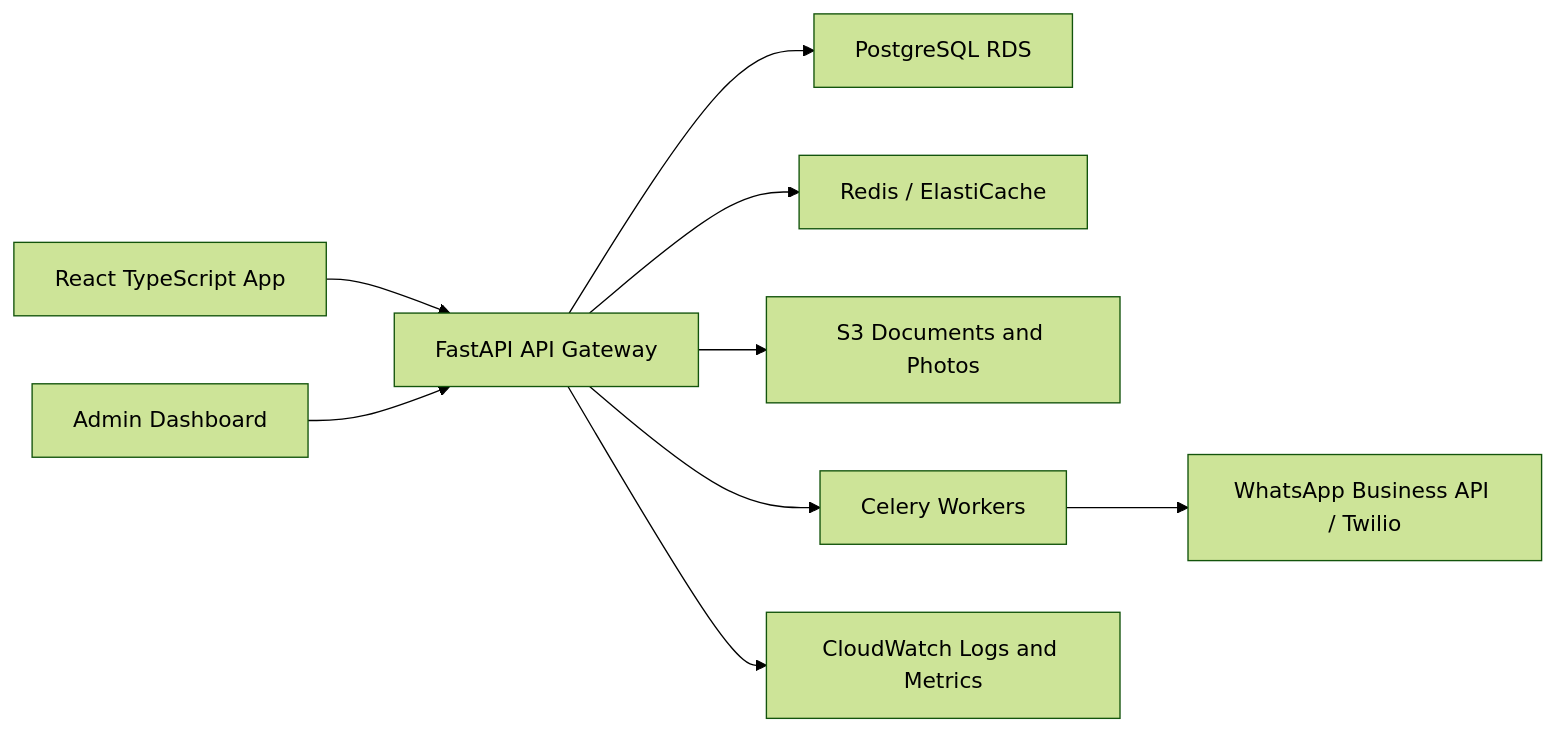
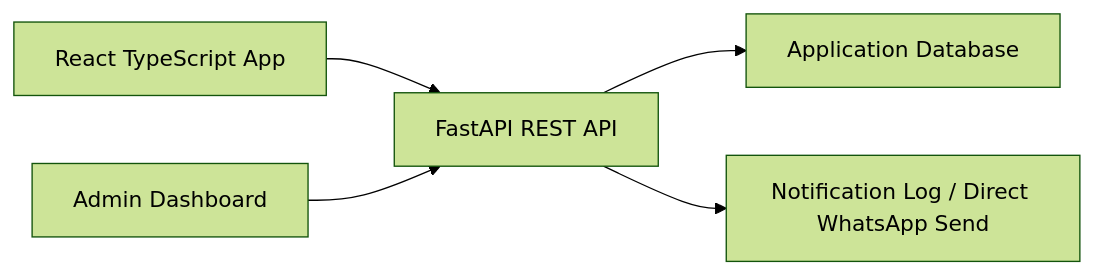
Before and after one commit to shailjaatkotiya/CarSaathi: the diagram in docs/architecture.md, drawn with Mermaid (forest theme). The commit also changed other lines of this file and 16 other files, not shown here.

````diff
--- a/docs/architecture.md
+++ b/docs/architecture.md
@@ -5,11 +5,7 @@
 ```mermaid
 flowchart LR
-  Web["React TypeScript App"] --> API["FastAPI API Gateway"]
-  API --> DB["PostgreSQL RDS"]
-  API --> Redis["Redis / ElastiCache"]
-  API --> S3["S3 Documents and Photos"]
-  API --> Queue["Celery Workers"]
-  Queue --> WhatsApp["WhatsApp Business API / Twilio"]
-  API --> Logs["CloudWatch Logs and Metrics"]
+  Web["React TypeScript App"] --> API["FastAPI REST API"]
   Admin["Admin Dashboard"] --> API
+  API --> DB["Application Database"]
+  API --> Notifications["Notification Log / Direct WhatsApp Send"]
 ```
````
